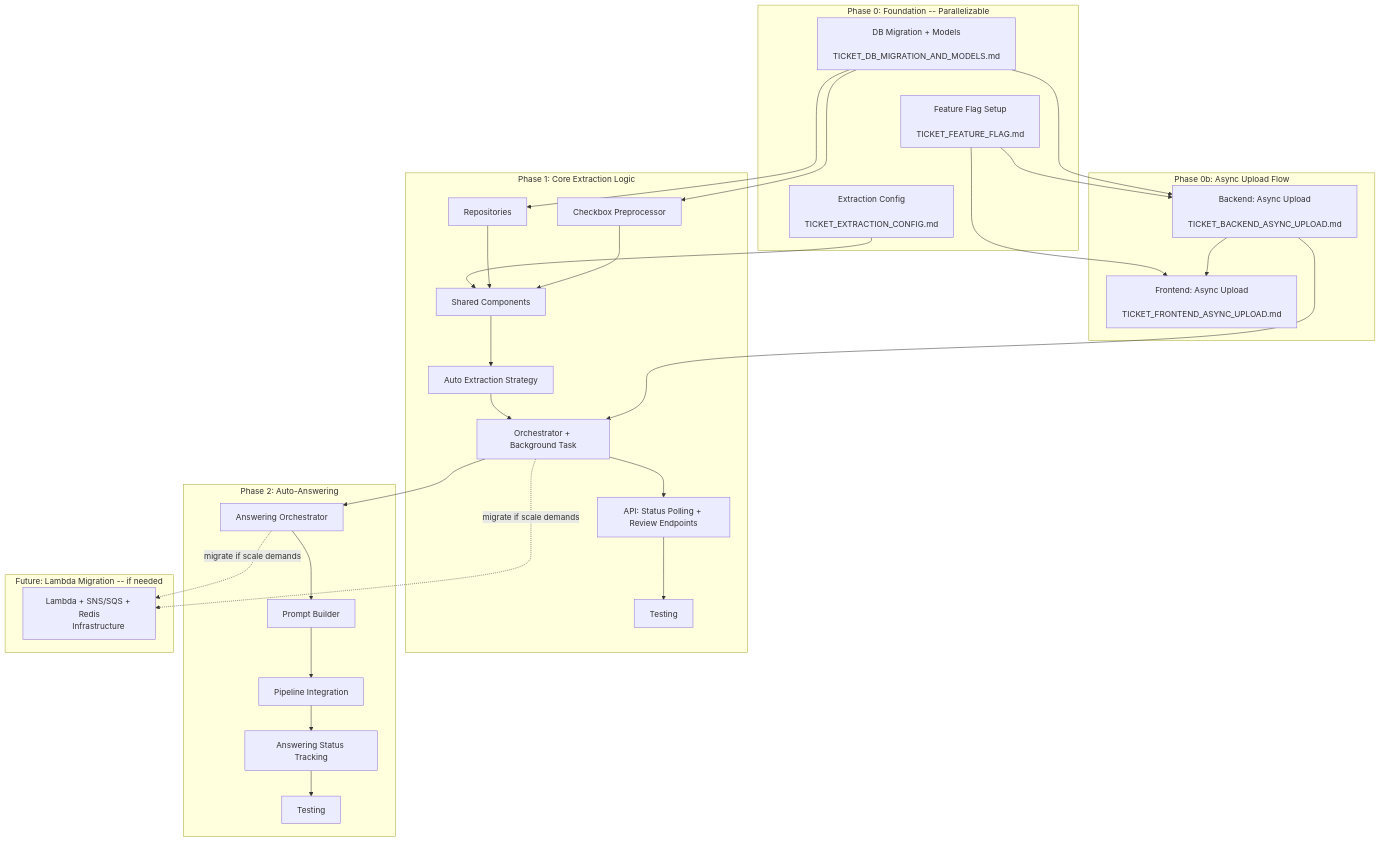
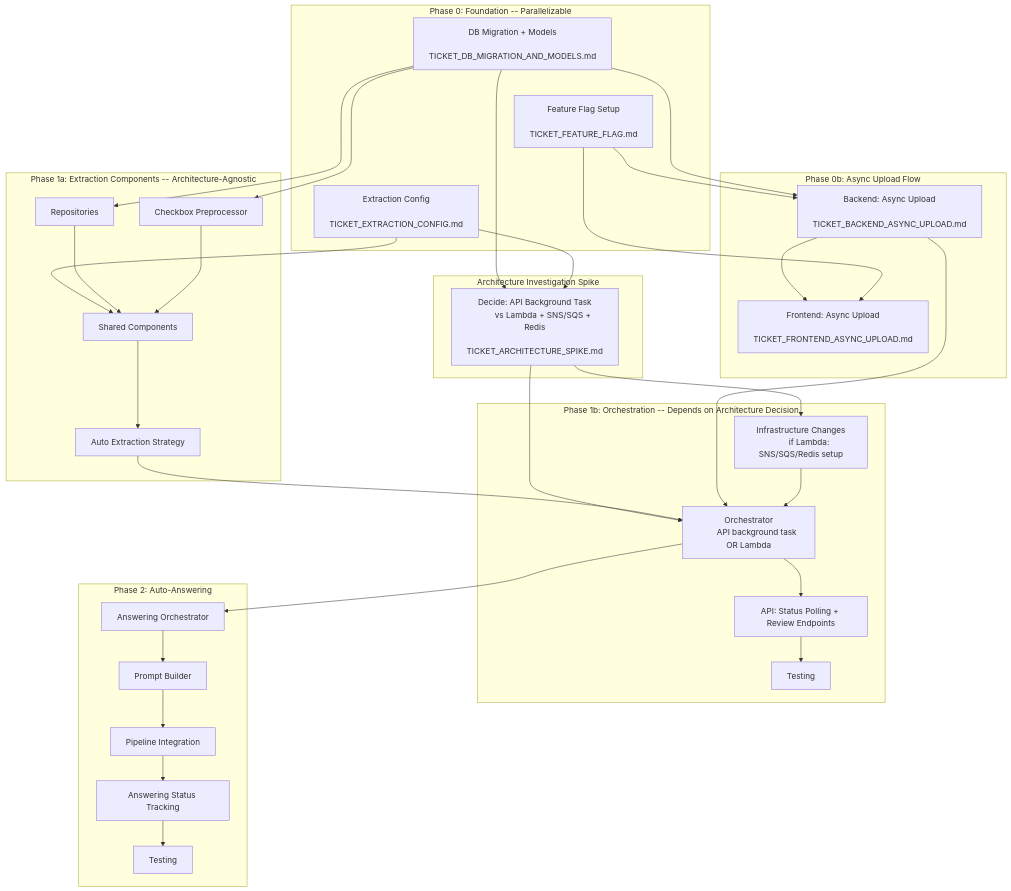
One commit to dil-pkoppany/advanced-question-extraction-poc changed the first of 2 diagrams in BIG_PICTURE.md. Above: the diagram before and after it, drawn with Mermaid. The commit also changed other lines of this file and 4 other files, not shown here.

````diff
--- a/BIG_PICTURE.md
+++ b/BIG_PICTURE.md
@@ -26,12 +26,24 @@
         TICKET_FRONTEND_ASYNC_UPLOAD.md"]
     end
 
-    subgraph phase1 [Phase 1: Core Extraction Logic]
+    subgraph spike [Architecture Investigation Spike]
+        INVEST["Decide: API Background Task
+        vs Lambda + SNS/SQS + Redis
+        TICKET_ARCHITECTURE_SPIKE.md"]
+    end
+
+    subgraph phase1_agnostic [Phase 1a: Extraction Components -- Architecture-Agnostic]
         REPO["Repositories"]
         CHECKBOX["Checkbox Preprocessor"]
         SHARED["Shared Components"]
         STRATEGY["Auto Extraction Strategy"]
-        ORCH["Orchestrator + Background Task"]
+    end
+
+    subgraph phase1_orch [Phase 1b: Orchestration -- Depends on Architecture Decision]
+        ORCH["Orchestrator
+        API background task OR Lambda"]
+        INFRA["Infrastructure Changes
+        if Lambda: SNS/SQS/Redis setup"]
         API["API: Status Polling + Review Endpoints"]
         TEST1["Testing"]
     end
@@ -44,30 +56,34 @@
         TEST2["Testing"]
     end
 
-    subgraph future [Future: Lambda Migration -- if needed]
-        LAMBDA["Lambda + SNS/SQS + Redis
-        Infrastructure"]
-    end
-
     %% Phase 0 has no internal dependencies
     DB ~~~ FF
     FF ~~~ CFG
 
-    %% Phase 0b depends on Feature Flag
+    %% Phase 0b depends on Feature Flag + DB
     FF --> BE_UPLOAD
+    DB --> BE_UPLOAD
+    BE_UPLOAD --> FE_UPLOAD
     FF --> FE_UPLOAD
-    BE_UPLOAD --> FE_UPLOAD
-    DB --> BE_UPLOAD
 
-    %% Phase 1 depends on all of Phase 0
+    %% Investigation spike depends on Phase 0 being in progress (needs context)
+    DB --> INVEST
+    CFG --> INVEST
+
+    %% Phase 1a: architecture-agnostic components can start after Phase 0
     DB --> REPO
+    DB --> CHECKBOX
     CFG --> SHARED
-    DB --> CHECKBOX
     REPO --> SHARED
     CHECKBOX --> SHARED
     SHARED --> STRATEGY
+
+    %% Phase 1b: orchestration depends on spike result + strategy + async upload
+    INVEST --> ORCH
+    INVEST --> INFRA
     STRATEGY --> ORCH
     BE_UPLOAD --> ORCH
+    INFRA --> ORCH
     ORCH --> API
     API --> TEST1
 
@@ -77,8 +93,4 @@
     PROMPT --> PIPELINE
     PIPELINE --> STATUS
     STATUS --> TEST2
-
-    %% Future Lambda is an alternative to Orchestrator
-    ORCH -.->|"migrate if scale demands"| LAMBDA
-    ANS_ORCH -.->|"migrate if scale demands"| LAMBDA
 ```
````
